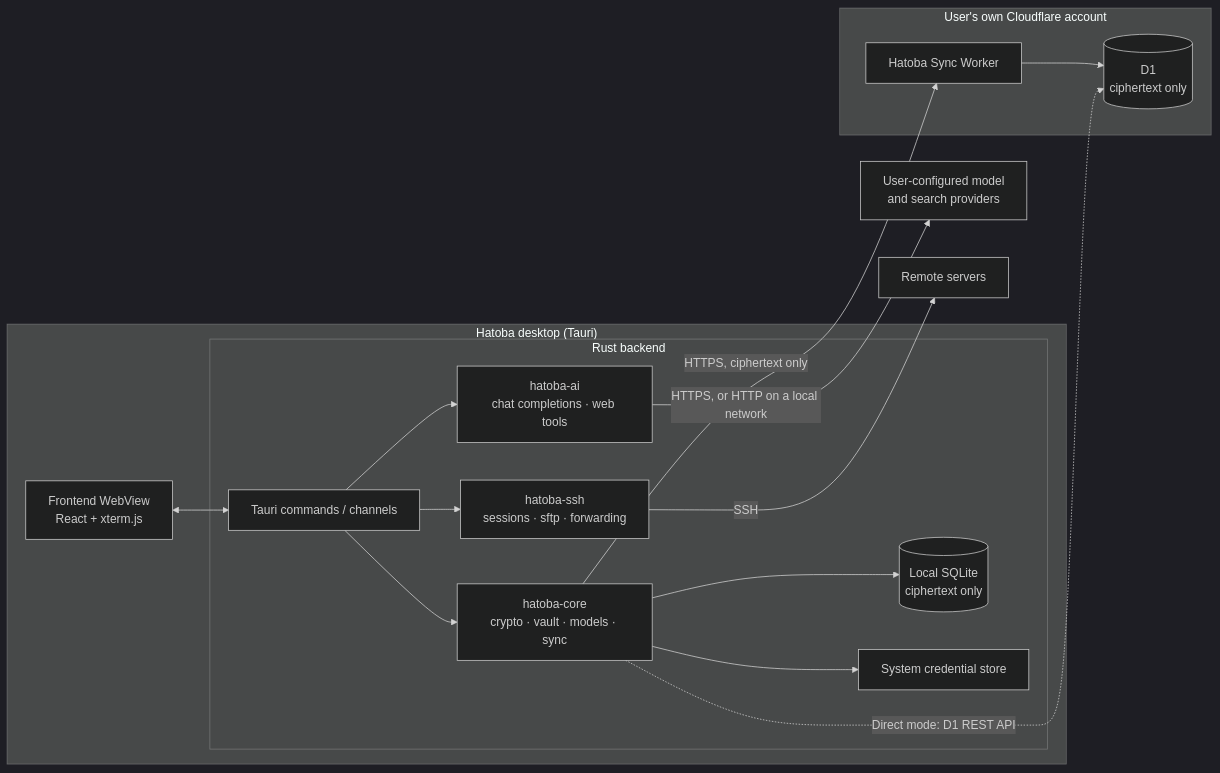
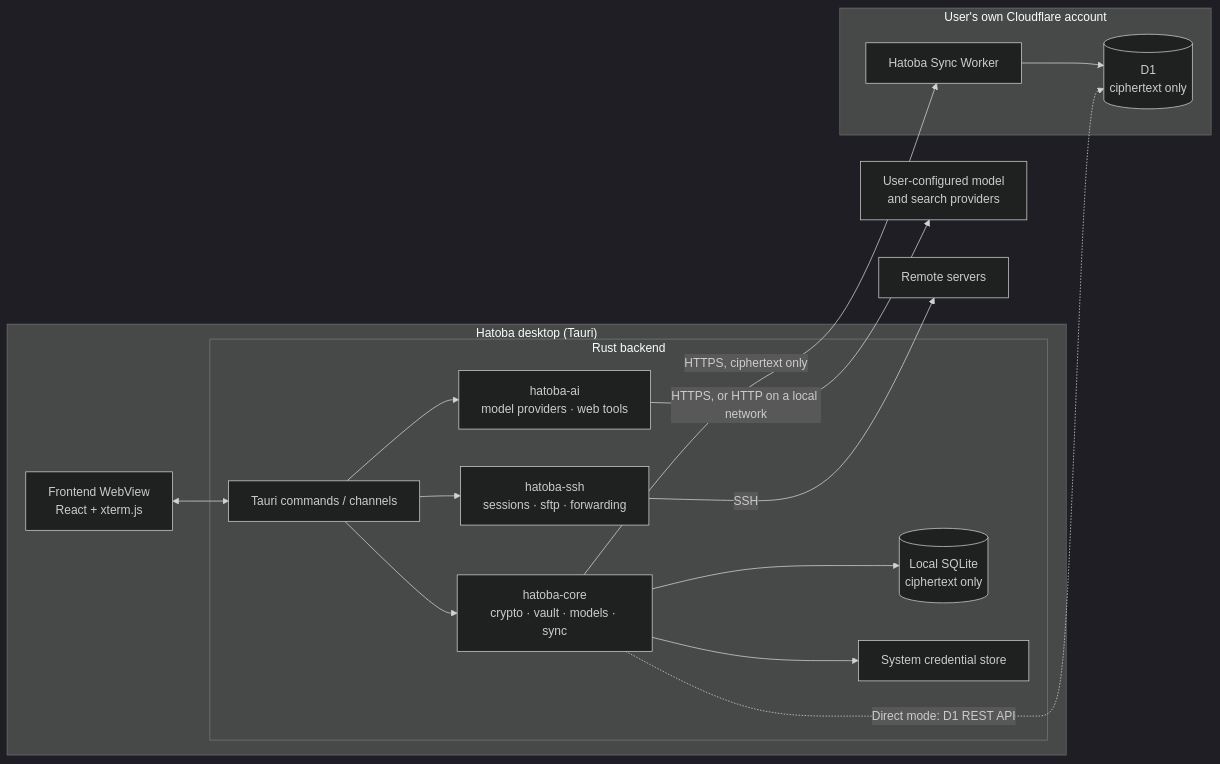
One commit to QingYunA/Hatoba changed the diagram in docs/hatoba-spec.md. Above: the diagram before and after it, drawn with Mermaid (dark theme). The commit also changed other lines of this file, not shown here.

````diff
--- a/docs/hatoba-spec.md
+++ b/docs/hatoba-spec.md
@@ -55,29 +55,29 @@
 ```mermaid
 flowchart LR
   subgraph Desktop["Hatoba desktop (Tauri)"]
     UI["Frontend WebView<br/>React + xterm.js"]
     subgraph Rust["Rust backend"]
       CMD["Tauri commands / channels"]
       CORE["hatoba-core<br/>crypto · vault · models · sync"]
       SSH["hatoba-ssh<br/>sessions · sftp · forwarding"]
-      AI["hatoba-ai<br/>chat completions · web tools"]
+      AI["hatoba-ai<br/>model providers · web tools"]
       DB[("Local SQLite<br/>ciphertext only")]
       KC["System credential store"]
     end
   end
   subgraph CF["User's own Cloudflare account"]
     W["Hatoba Sync Worker"]
     D1[("D1<br/>ciphertext only")]
   end
   UI <--> CMD
   CMD --> CORE
   CMD --> SSH
   CMD --> AI
   AI -->|HTTPS, or HTTP on a local network| Providers["User-configured model<br/>and search providers"]
   CORE --> DB
   CORE --> KC
   SSH -->|SSH| Servers["Remote servers"]
   CORE -->|HTTPS, ciphertext only| W
   W --> D1
   CORE -.->|Direct mode: D1 REST API| D1
 ```
````
